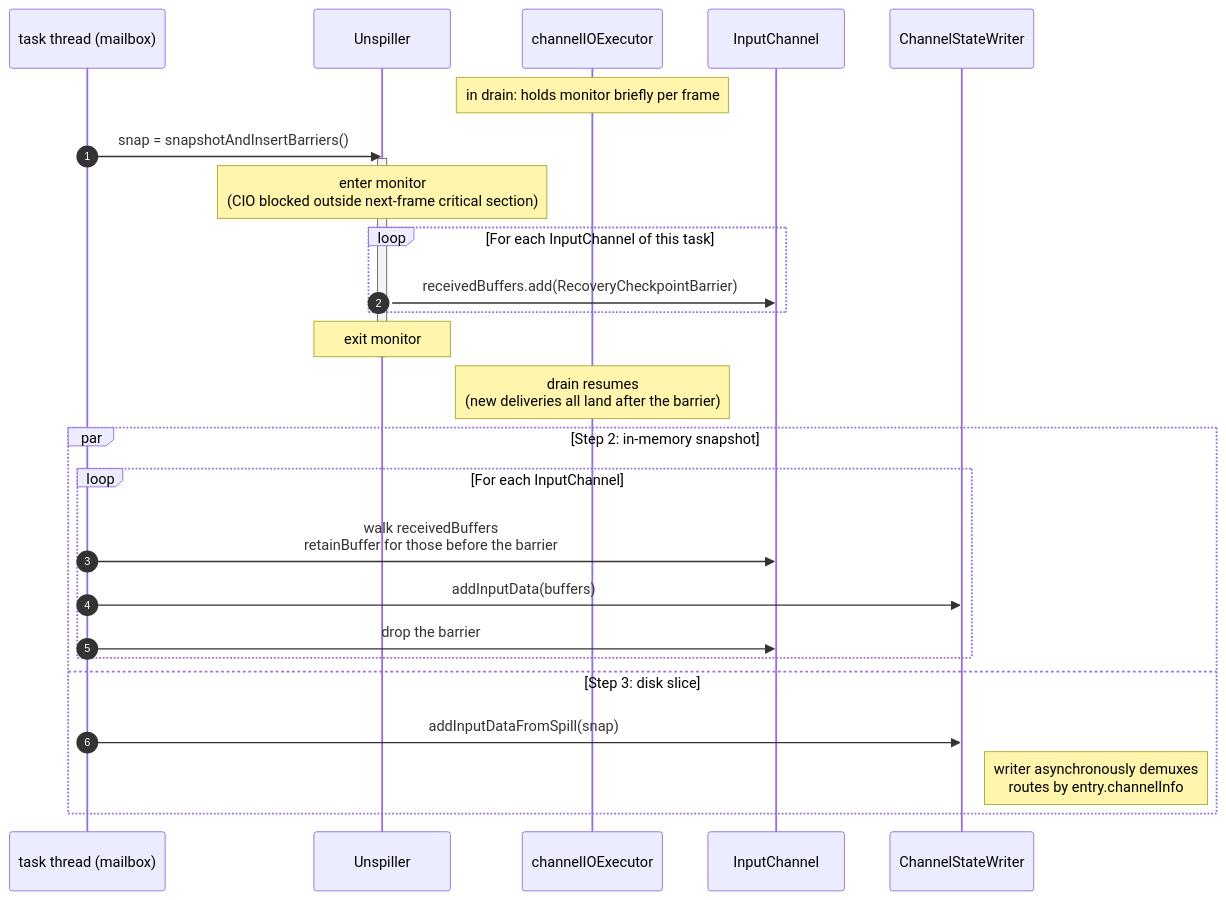
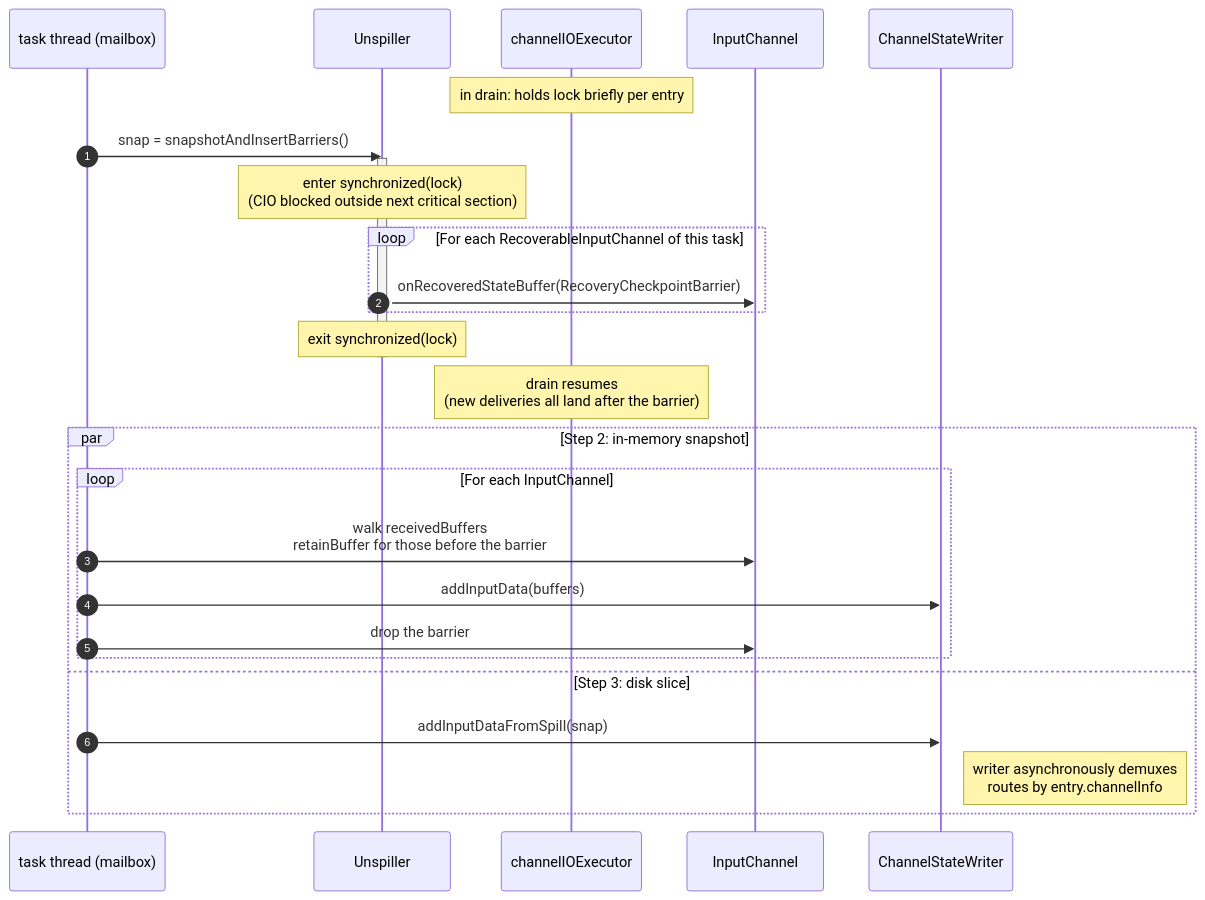
The diagram in requirements/38544/simplify_approach/coordination.md (1996fanrui/flink), drawn with Mermaid before and after one commit. The commit also changed other lines of this file and 3 other files, not shown here.

````diff
--- a/requirements/38544/simplify_approach/coordination.md
+++ b/requirements/38544/simplify_approach/coordination.md
@@ -41,29 +105,29 @@
 ```mermaid
 sequenceDiagram
     autonumber
     participant T as task thread (mailbox)
     participant U as Unspiller
     participant CIO as channelIOExecutor
     participant Ch as InputChannel
     participant W as ChannelStateWriter
-    Note over CIO: in drain: holds monitor briefly per frame
+    Note over CIO: in drain: holds lock briefly per entry
     T->>U: snap = snapshotAndInsertBarriers()
     activate U
-    Note over U: enter monitor<br/>(CIO blocked outside next-frame critical section)
-    loop For each InputChannel of this task
-      U->>Ch: receivedBuffers.add(RecoveryCheckpointBarrier)
+    Note over U: enter synchronized(lock)<br/>(CIO blocked outside next critical section)
+    loop For each RecoverableInputChannel of this task
+      U->>Ch: onRecoveredStateBuffer(RecoveryCheckpointBarrier)
     end
-    Note over U: exit monitor
+    Note over U: exit synchronized(lock)
     deactivate U
     Note over CIO: drain resumes<br/>(new deliveries all land after the barrier)
     par Step 2: in-memory snapshot
       loop For each InputChannel
         T->>Ch: walk receivedBuffers<br/>retainBuffer for those before the barrier
         T->>W: addInputData(buffers)
         T->>Ch: drop the barrier
       end
     and Step 3: disk slice
       T->>W: addInputDataFromSpill(snap)
       Note right of W: writer asynchronously demuxes<br/>routes by entry.channelInfo
     end
 ```
````
